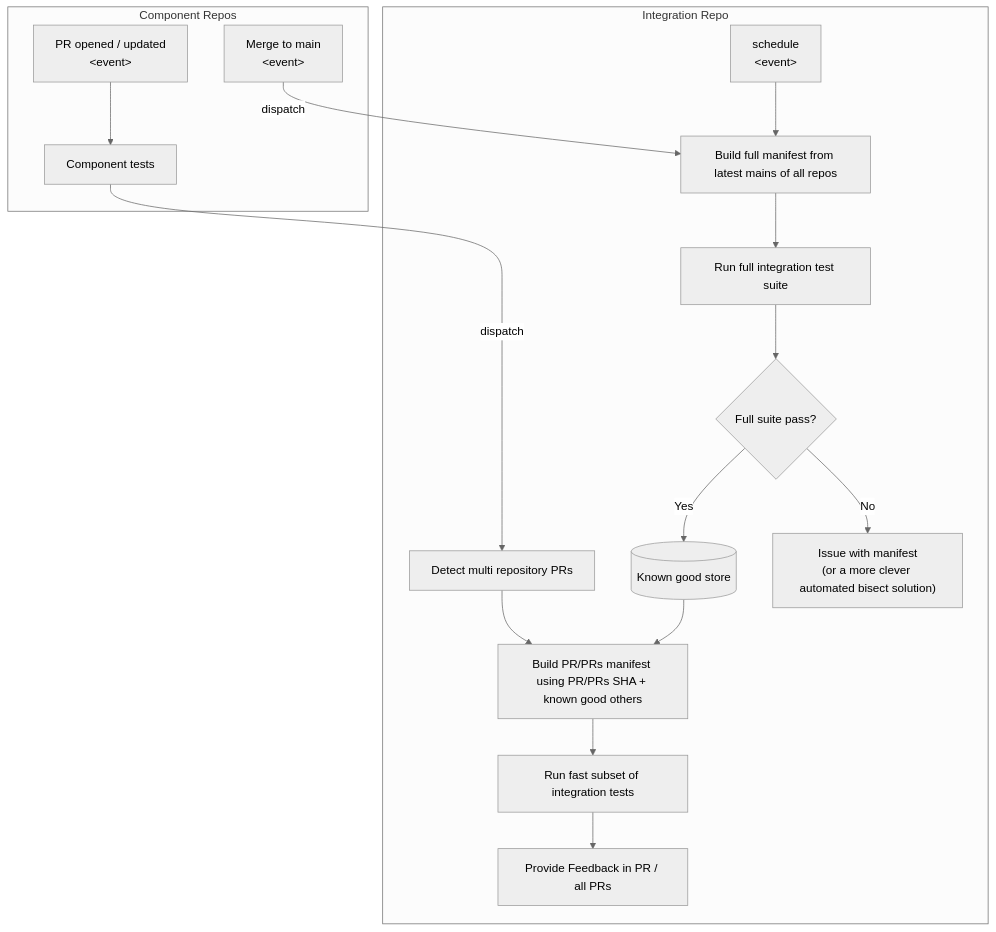
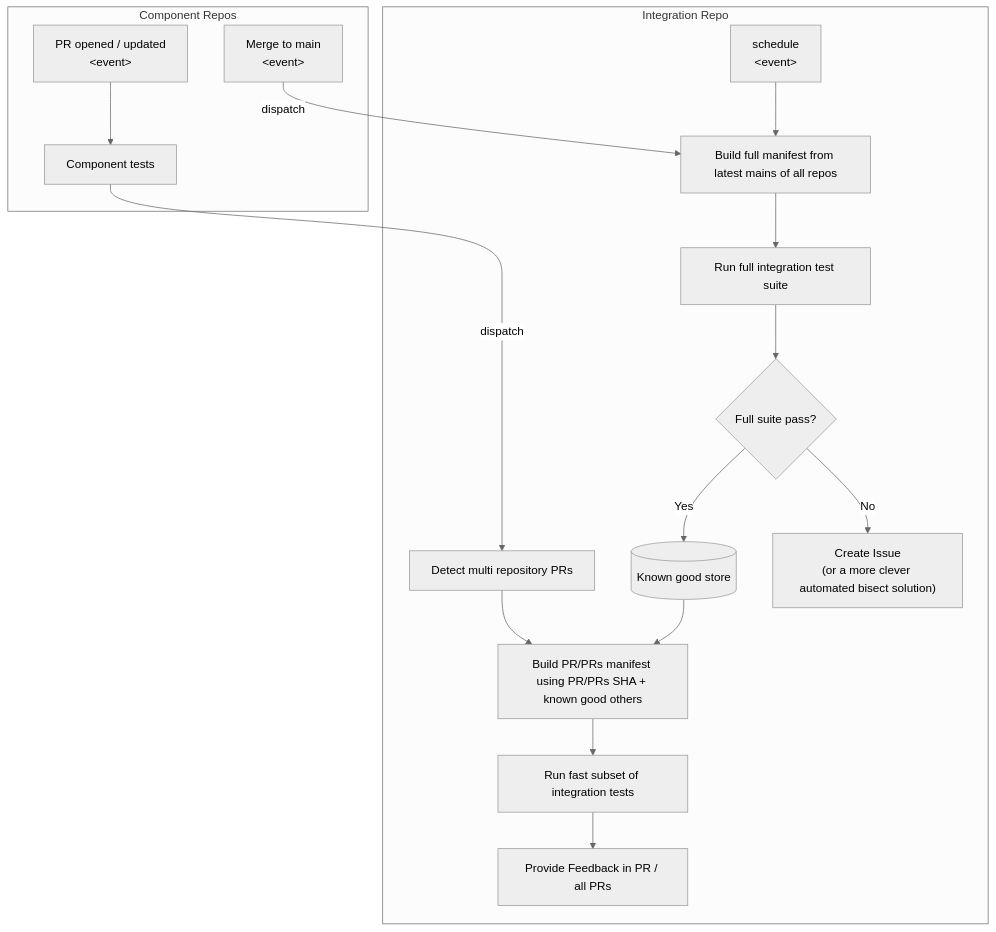
Before and after one commit to eclipse-score/docs-as-code: the diagram in integration.md, drawn with Mermaid (neutral theme).

Commit message:
mermaid: fix wording

````diff
--- a/integration.md
+++ b/integration.md
@@ -69,27 +69,27 @@
 ```mermaid
 flowchart TB
   subgraph COMP[Component Repos]
     pr[PR opened / updated<br/>&lt;event&gt;]:::event --> comp_ci[Component tests]:::step
 
     trigger1[Merge to main<br/>&lt;event&gt;]:::event
   end
 
   subgraph INT[Integration Repo]
     comp_ci --> |dispatch|detect_changeset[Detect multi repository PRs]:::step
     knownGood[(Known good store)]:::artifact
 
     %% PR
     detect_changeset --> buildMan[Build PR/PRs manifest using PR/PRs SHA + known good others]:::step
     knownGood --> buildMan
     buildMan --> runSubset[Run fast subset of integration tests]:::step
     runSubset --> prFeedback[Provide Feedback in PR / all PRs]:::step
 
     %% Post-merge / scheduled full suite
     trigger1 -->|dispatch| fullMan[Build full manifest from latest mains of all repos]:::step
     trigger2[schedule<br/>&lt;event&gt;]:::event --> fullMan
     fullMan --> fullSuite[Run full integration test suite]:::step
     fullSuite --> fullPass{Full suite pass?}:::decision
     fullPass -->|Yes| knownGood
-    fullPass -->|No| issue["Issue with manifest<br>(or a more clever automated bisect solution)"]:::red
+    fullPass -->|No| issue["Create Issue<br>(or a more clever automated bisect solution)"]:::red
   end
 ```
````
